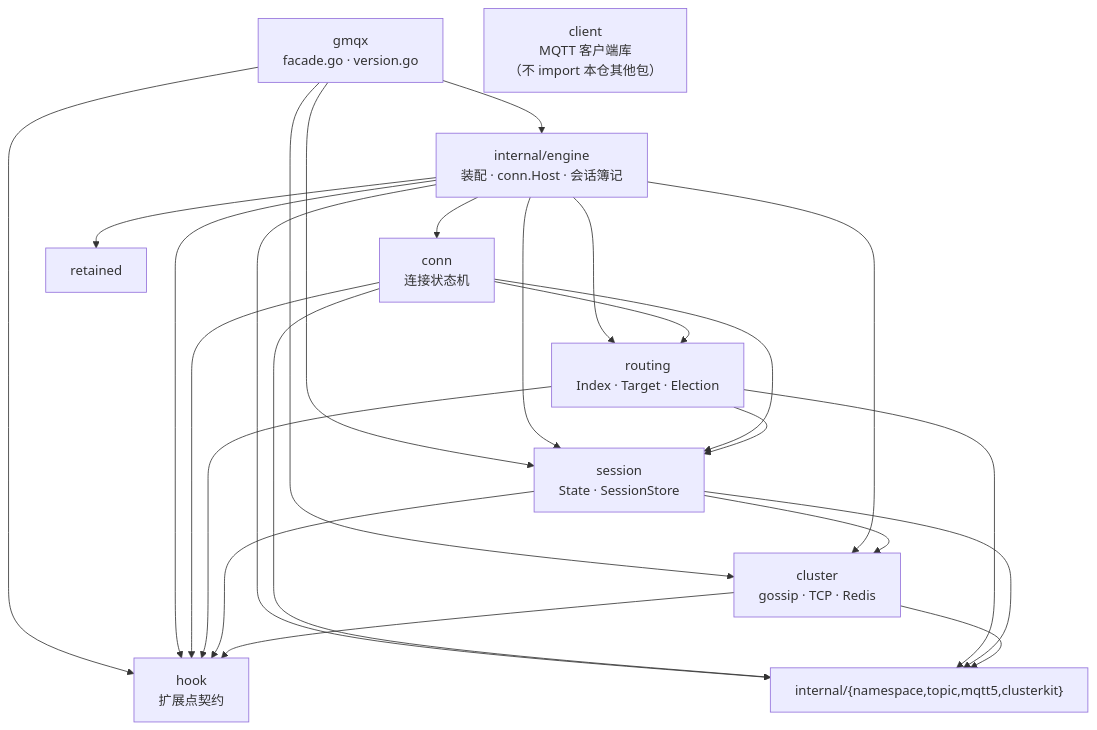
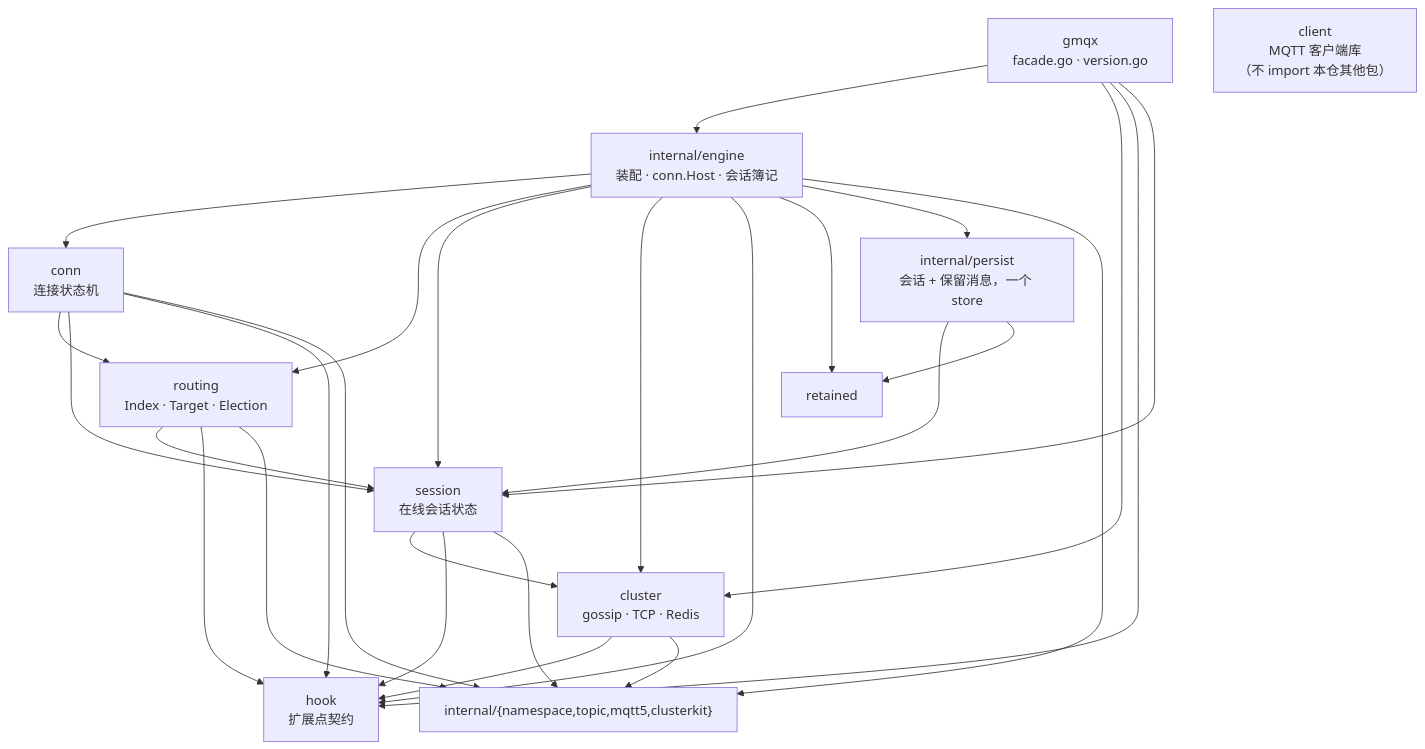
Before and after one commit to maxid/gmqx: the first of 3 diagrams in docs/ARCHITECTURE.zh-CN.md, drawn with Mermaid. The commit also changed other lines of this file and 55 other files, not shown here.

````diff
--- a/docs/ARCHITECTURE.zh-CN.md
+++ b/docs/ARCHITECTURE.zh-CN.md
@@ -32,39 +33,43 @@
 ```mermaid
 flowchart TD
   root["gmqx<br/>facade.go · version.go"]
   engine["internal/engine<br/>装配 · conn.Host · 会话簿记"]
   conn["conn<br/>连接状态机"]
   routing["routing<br/>Index · Target · Election"]
-  session["session<br/>State · SessionStore"]
+  session["session<br/>在线会话状态"]
   cluster["cluster<br/>gossip · TCP · Redis"]
   hook["hook<br/>扩展点契约"]
   retained["retained"]
   client["client<br/>MQTT 客户端库<br/>（不 import 本仓其他包）"]
   internal["internal/{namespace,topic,mqtt5,clusterkit}"]
+  persist["internal/persist<br/>会话 + 保留消息，一个 store"]
 
   root --> engine
   root --> cluster
   root --> hook
   root --> session
 
   engine --> conn
   engine --> routing
   engine --> session
   engine --> cluster
   engine --> hook
   engine --> retained
+  engine --> persist
   engine --> internal
+  persist --> session
+  persist --> retained
 
   conn --> routing
   conn --> session
   conn --> hook
   conn --> internal
   routing --> session
   routing --> hook
   routing --> internal
   session --> cluster
   session --> hook
   session --> internal
   cluster --> hook
   cluster --> internal
 ```
````
